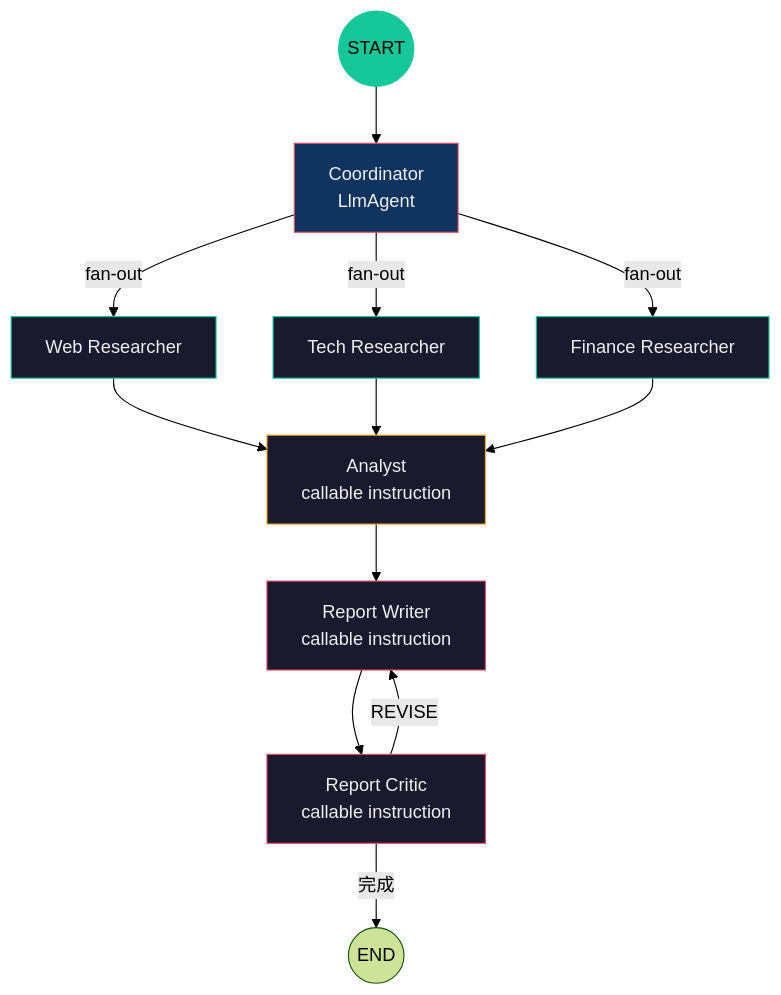
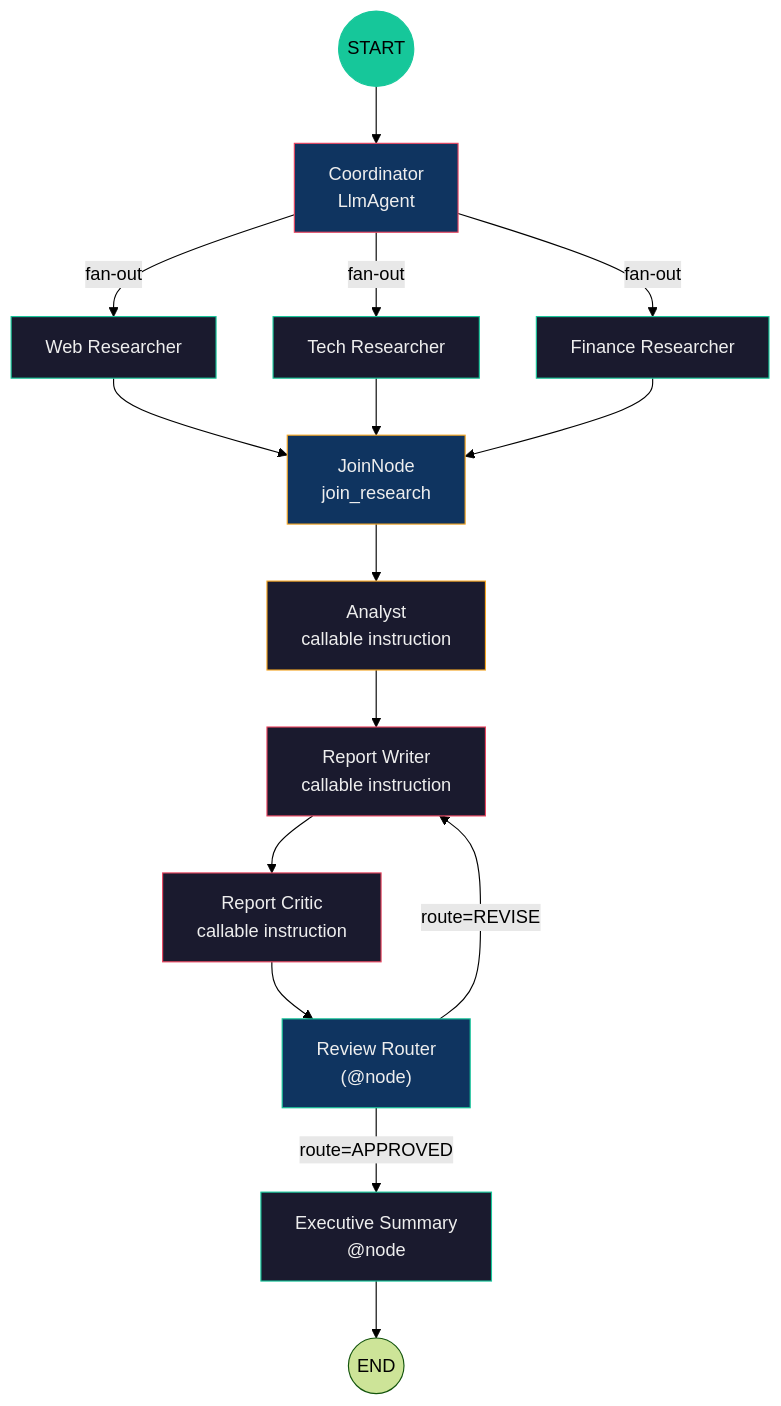
The seventh of 8 diagrams in docs/v1-to-v2-migration-guide.md (tyorikan/agent-design-patterns), drawn with Mermaid (forest theme) before and after one commit. The commit also changed other lines of this file and 15 other files, not shown here.

````diff
--- a/docs/v1-to-v2-migration-guide.md
+++ b/docs/v1-to-v2-migration-guide.md
@@ -328,23 +356,28 @@
 ```mermaid
 graph TB
     START((START)) --> coord[Coordinator<br/>LlmAgent]
     coord --> |fan-out| web[Web Researcher]
     coord --> |fan-out| tech[Tech Researcher]
     coord --> |fan-out| fin[Finance Researcher]
-    web --> analyst[Analyst<br/>callable instruction]
-    tech --> analyst
-    fin --> analyst
+    web --> join[JoinNode<br/>join_research]
+    tech --> join
+    fin --> join
+    join --> analyst[Analyst<br/>callable instruction]
     analyst --> writer[Report Writer<br/>callable instruction]
     writer --> critic[Report Critic<br/>callable instruction]
-    critic -->|"REVISE"| writer
-    critic -->|完成| END((END))
+    critic --> router["Review Router<br/>(@node)"]
+    router -->|"route=REVISE"| writer
+    router -->|"route=APPROVED"| summary[Executive Summary<br/>@node] --> END((END))
 
     style START fill:#16c79a,stroke:#16c79a,color:#000
     style coord fill:#0f3460,stroke:#e94560,color:#eee
     style web fill:#1a1a2e,stroke:#16c79a,color:#eee
     style tech fill:#1a1a2e,stroke:#16c79a,color:#eee
     style fin fill:#1a1a2e,stroke:#16c79a,color:#eee
+    style join fill:#0f3460,stroke:#f5a623,color:#eee
     style analyst fill:#1a1a2e,stroke:#f5a623,color:#eee
     style writer fill:#1a1a2e,stroke:#e94560,color:#eee
     style critic fill:#1a1a2e,stroke:#e94560,color:#eee
+    style router fill:#0f3460,stroke:#16c79a,color:#eee
+    style summary fill:#1a1a2e,stroke:#16c79a,color:#eee
 ```
````
